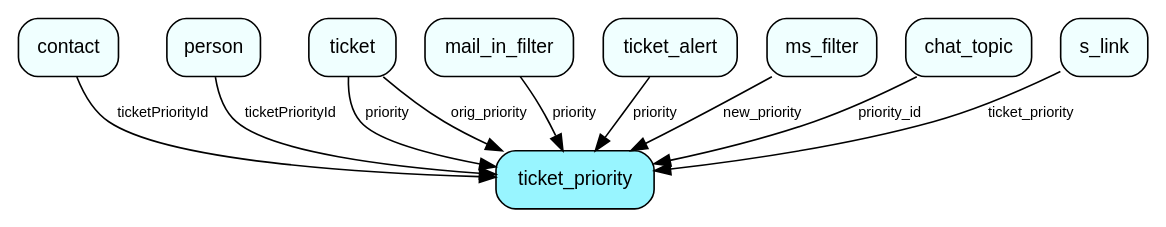
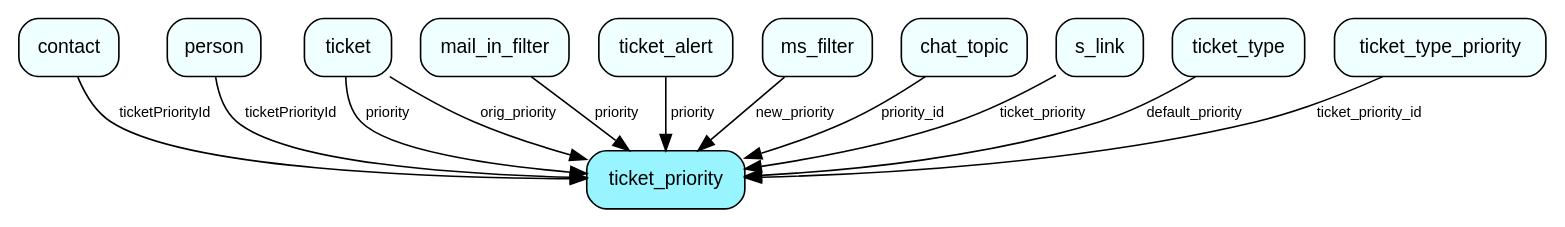
One commit to SuperOfficeDocs/superoffice-docs changed the diagram in docs/en/database/tables/media/ticket_priority.dot. Above: the diagram before and after it, drawn with Graphviz. The commit also changed 121 other files, not shown here.

```diff
--- a/docs/en/database/tables/media/ticket_priority.dot
+++ b/docs/en/database/tables/media/ticket_priority.dot
@@ -1,23 +1,27 @@
 digraph ticket_priority  {
 node [shape = box style="rounded, filled" fontname = "Helvetica" fontsize = "12" ]
 edge [fontname = "Helvetica" fontsize = "9"]
 
 ticket_priority[fillcolor = "cadetblue1"]
 contact[fillcolor = "azure1"]
 person[fillcolor = "azure1"]
 ticket[fillcolor = "azure1"]
 mail_in_filter[fillcolor = "azure1"]
 ticket_alert[fillcolor = "azure1"]
 ms_filter[fillcolor = "azure1"]
 chat_topic[fillcolor = "azure1"]
 s_link[fillcolor = "azure1"]
+ticket_type[fillcolor = "azure1"]
+ticket_type_priority[fillcolor = "azure1"]
 contact -> ticket_priority [label = "ticketPriorityId"]
 person -> ticket_priority [label = "ticketPriorityId"]
 ticket -> ticket_priority [label = "priority"]
 ticket -> ticket_priority [label = "orig_priority"]
 mail_in_filter -> ticket_priority [label = "priority"]
 ticket_alert -> ticket_priority [label = "priority"]
 ms_filter -> ticket_priority [label = "new_priority"]
 chat_topic -> ticket_priority [label = "priority_id"]
 s_link -> ticket_priority [label = "ticket_priority"]
+ticket_type -> ticket_priority [label = "default_priority"]
+ticket_type_priority -> ticket_priority [label = "ticket_priority_id"]
 }
```
